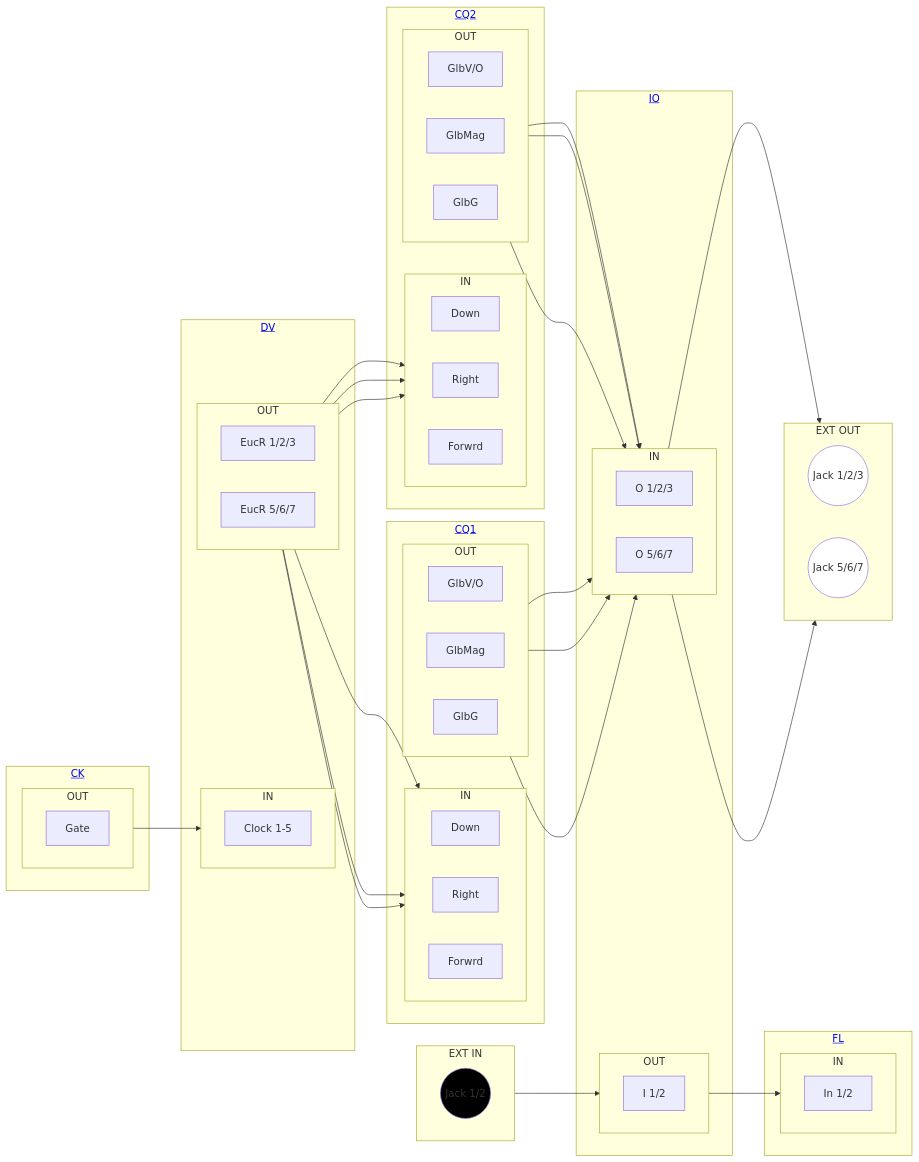
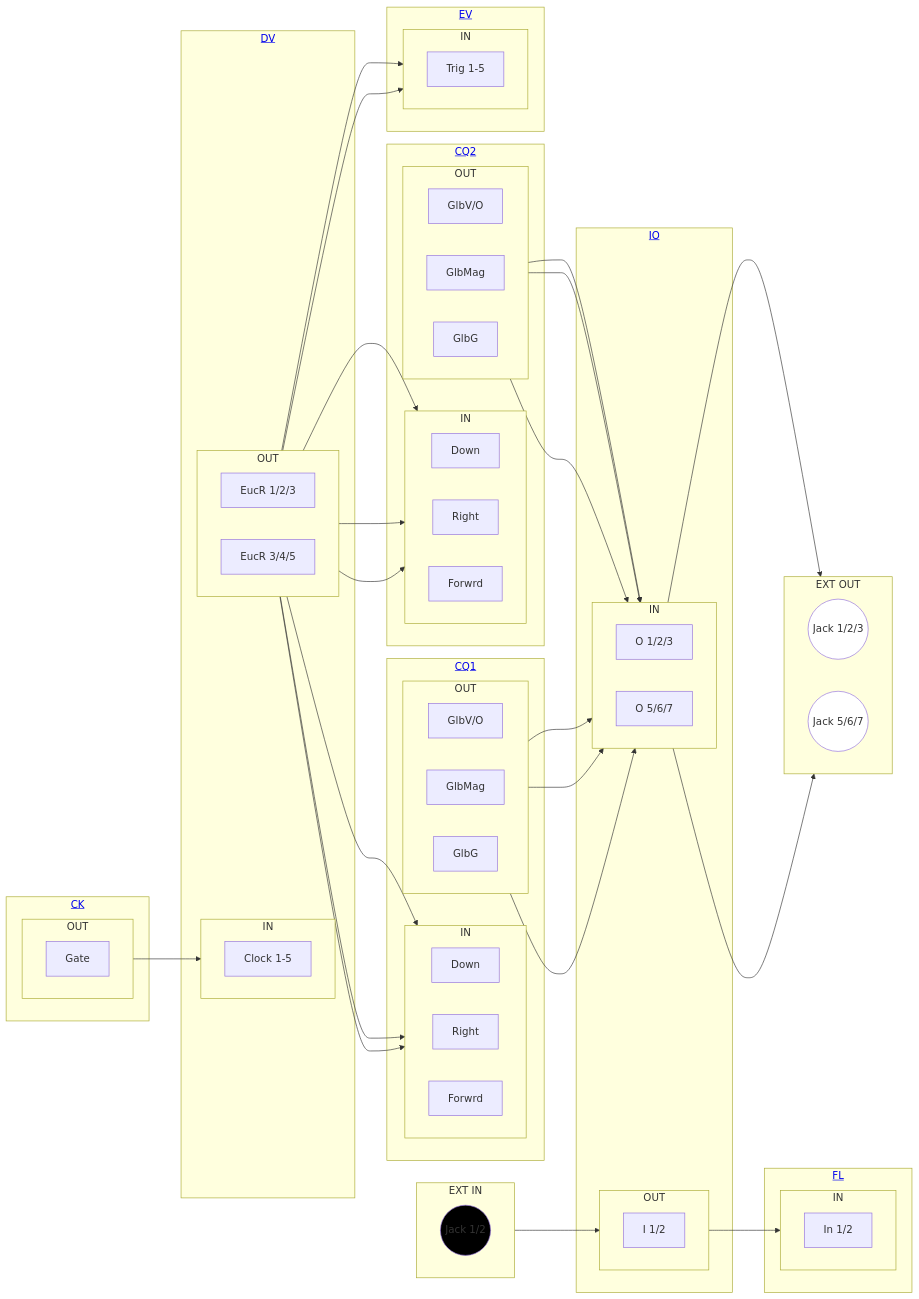
Diagram 17 of 30 in README.md (acumartini/dectet-public), drawn with Mermaid before and after one commit. The commit also changed other lines of this file, not shown here.

````diff
--- a/README.md
+++ b/README.md
@@ -1663,6 +1658,6 @@
 ```mermaid
 flowchart LR
-  subgraph IO[<a href='#io-inputoutput'>IO</a>]
+  subgraph IO[<a href='./USER_MANUAL.md#io-inputoutput'>IO</a>]
     subgraph IO_IN[IN]
       direction LR
         IO_IN_O1[O 1/2/3]
@@ -1673,19 +1668,19 @@
         IO_OUT_I[I 1/2]
     end
   end
-  subgraph FL[<a href='#fl-envelope-follower'>FL</a>]
+  subgraph FL[<a href='./USER_MANUAL.md#fl-envelope-follower'>FL</a>]
     subgraph FL_IN[IN]
       direction LR
         FL_IN_In[In 1/2]
     end
   end
-  subgraph CK[<a href='#ck-clock'>CK</a>]
+  subgraph CK[<a href='./USER_MANUAL.md#ck-clock'>CK</a>]
     subgraph CK_OUT[OUT]
       direction LR
         CK_OUT_Gate[Gate]
     end
   end
-  subgraph DV[<a href='#dv-euclidean-clock-divider'>DV</a>]
+  subgraph DV[<a href='./USER_MANUAL.md#dv-euclidean-clock-divider'>DV</a>]
     subgraph DV_IN[IN]
       direction LR
         DV_IN_Clock[Clock 1-5]
@@ -1693,10 +1688,10 @@
     subgraph DV_OUT[OUT]
       direction LR
         DV_OUT_EucR1[EucR 1/2/3]
-        DV_OUT_EucR2[EucR 5/6/7]
+        DV_OUT_EucR2[EucR 3/4/5]
     end
   end
-  subgraph CQ1[<a href='#cq-cartesian-sequencer'>CQ1</a>]
+  subgraph CQ1[<a href='./USER_MANUAL.md#cq-cartesian-sequencer'>CQ1</a>]
     subgraph CQ1_IN[IN]
       direction LR
         CQ1_IN_Down[Down]
@@ -1710,7 +1705,7 @@
         CQ1_OUT_Gate[GlbG]
     end
   end
-  subgraph CQ2[<a href='#cq-cartesian-sequencer'>CQ2</a>]
+  subgraph CQ2[<a href='./USER_MANUAL.md#cq-cartesian-sequencer'>CQ2</a>]
     subgraph CQ2_IN[IN]
       direction LR
         CQ2_IN_Down[Down]
@@ -1722,6 +1717,12 @@
         CQ2_OUT_VOct[GlbV/O]
         CQ2_OUT_Mag[GlbMag]
         CQ2_OUT_Gate[GlbG]
+    end
+  end
+  subgraph EV[<a href='./USER_MANUAL.md#ev-envelope-generator--vca'>EV</a>]
+    subgraph EV_IN[IN]
+      direction LR
+        EV_IN_Trig[Trig 1-5]
     end
   end
   subgraph EXT_IN[EXT IN]
@@ -1741,6 +1742,8 @@
 DV_OUT_EucR2-->CQ2_IN_Right
 DV_OUT_EucR1-->CQ1_IN_Forwrd
 DV_OUT_EucR2-->CQ2_IN_Forwrd
+DV_OUT_EucR1-->EV_IN_Trig
+DV_OUT_EucR2-->EV_IN_Trig
 CQ1_OUT_VOct-->IO_IN_O1
 CQ1_OUT_Mag-->IO_IN_O1
 CQ1_OUT_Gate-->IO_IN_O1
````
